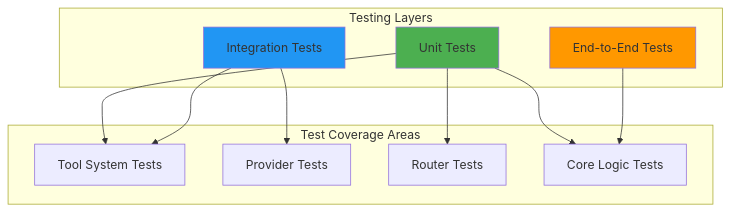
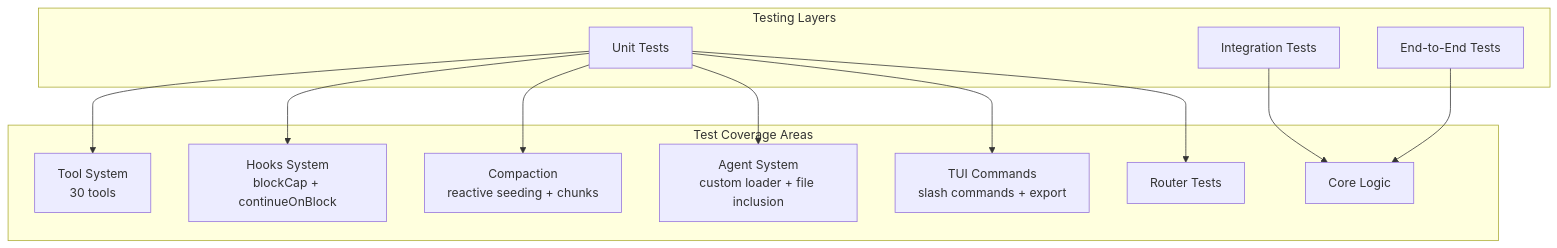
The first of 4 diagrams in docs/TESTING.md (ausardcompany/alexi), drawn with Mermaid before and after one commit. The commit also changed other lines of this file and 6 other files, not shown here.

````diff
--- a/docs/TESTING.md
+++ b/docs/TESTING.md
@@ -19,26 +24,27 @@
 ```mermaid
 graph TB
     subgraph "Testing Layers"
         Unit[Unit Tests]
         Integration[Integration Tests]
         E2E[End-to-End Tests]
     end
     
     subgraph "Test Coverage Areas"
-        Tools[Tool System Tests]
-        Providers[Provider Tests]
+        Tools[Tool System<br/>30 tools]
+        Hooks[Hooks System<br/>blockCap + continueOnBlock]
+        Compaction[Compaction<br/>reactive seeding + chunks]
+        Agents[Agent System<br/>custom loader + file inclusion]
+        TUI[TUI Commands<br/>slash commands + export]
         Router[Router Tests]
-        Core[Core Logic Tests]
+        Core[Core Logic]
     end
     
     Unit --> Tools
+    Unit --> Hooks
+    Unit --> Compaction
+    Unit --> Agents
+    Unit --> TUI
     Unit --> Router
-    Unit --> Core
-    Integration --> Providers
-    Integration --> Tools
+    Integration --> Core
     E2E --> Core
-    
-    style Unit fill:#4CAF50
-    style Integration fill:#2196F3
-    style E2E fill:#FF9800
 ```
````
